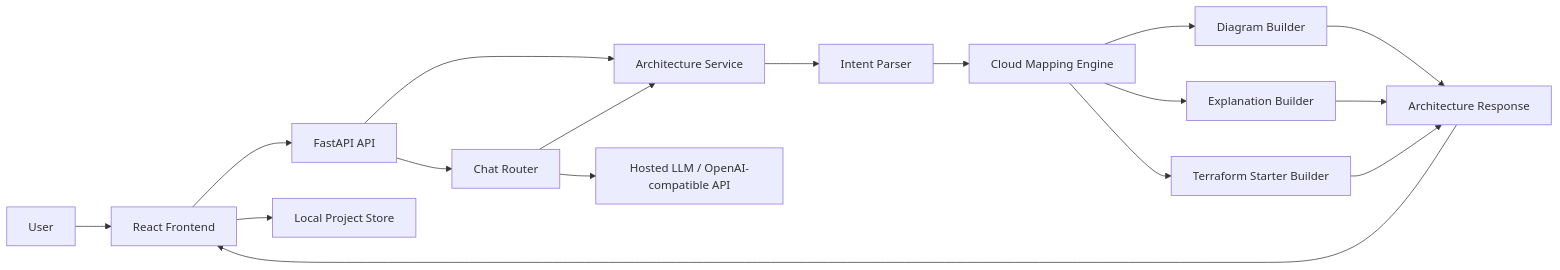
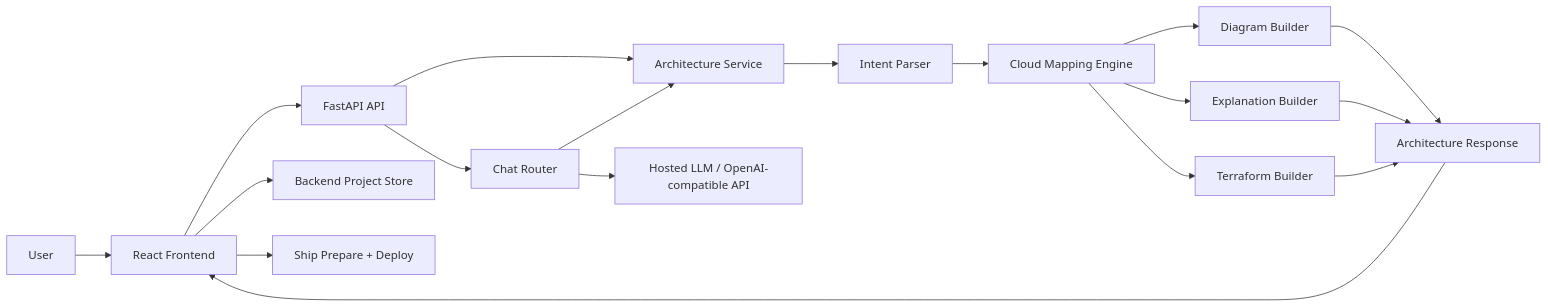
One commit to KasdevTech/arch-kasdevtech changed the first of 3 diagrams in docs/TECHNICAL_WALKTHROUGH.md. Above: the diagram before and after it, drawn with Mermaid. The commit also changed other lines of this file and 33 other files, not shown here.

Commit message:
Add backend project persistence and ship planning

````diff
--- a/docs/TECHNICAL_WALKTHROUGH.md
+++ b/docs/TECHNICAL_WALKTHROUGH.md
@@ -26,22 +26,23 @@
 ```mermaid
 flowchart LR
     U[User] --> FE[React Frontend]
     FE --> API[FastAPI API]
     API --> CHAT[Chat Router]
     API --> ARCH[Architecture Service]
 
     CHAT --> LLM[Hosted LLM / OpenAI-compatible API]
     CHAT --> ARCH
 
     ARCH --> INTENT[Intent Parser]
     INTENT --> MAP[Cloud Mapping Engine]
     MAP --> DIAG[Diagram Builder]
     MAP --> EXPLAIN[Explanation Builder]
-    MAP --> IAC[Terraform Starter Builder]
+    MAP --> IAC[Terraform Builder]
 
     DIAG --> RESP[Architecture Response]
     EXPLAIN --> RESP
     IAC --> RESP
     RESP --> FE
-    FE --> STORE[Local Project Store]
+    FE --> STORE[Backend Project Store]
+    FE --> SHIP[Ship Prepare + Deploy]
 ```
````
